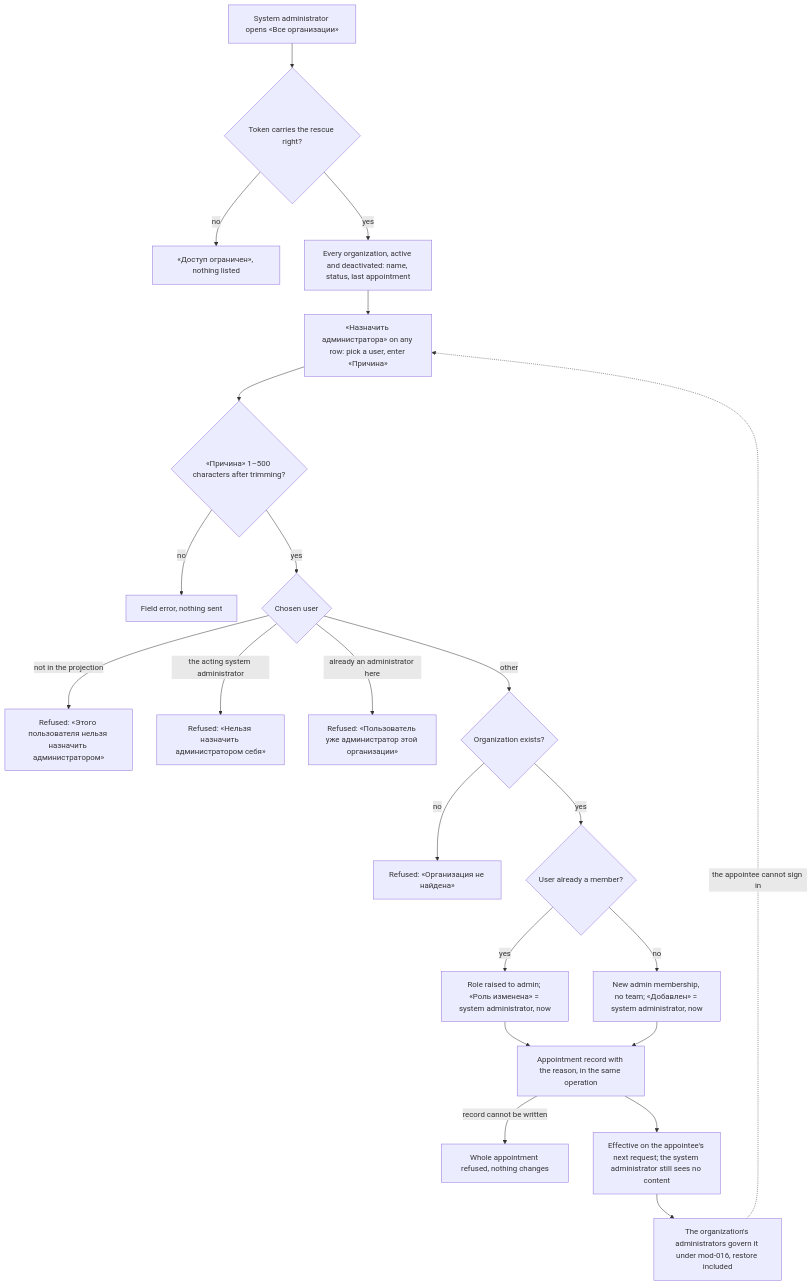
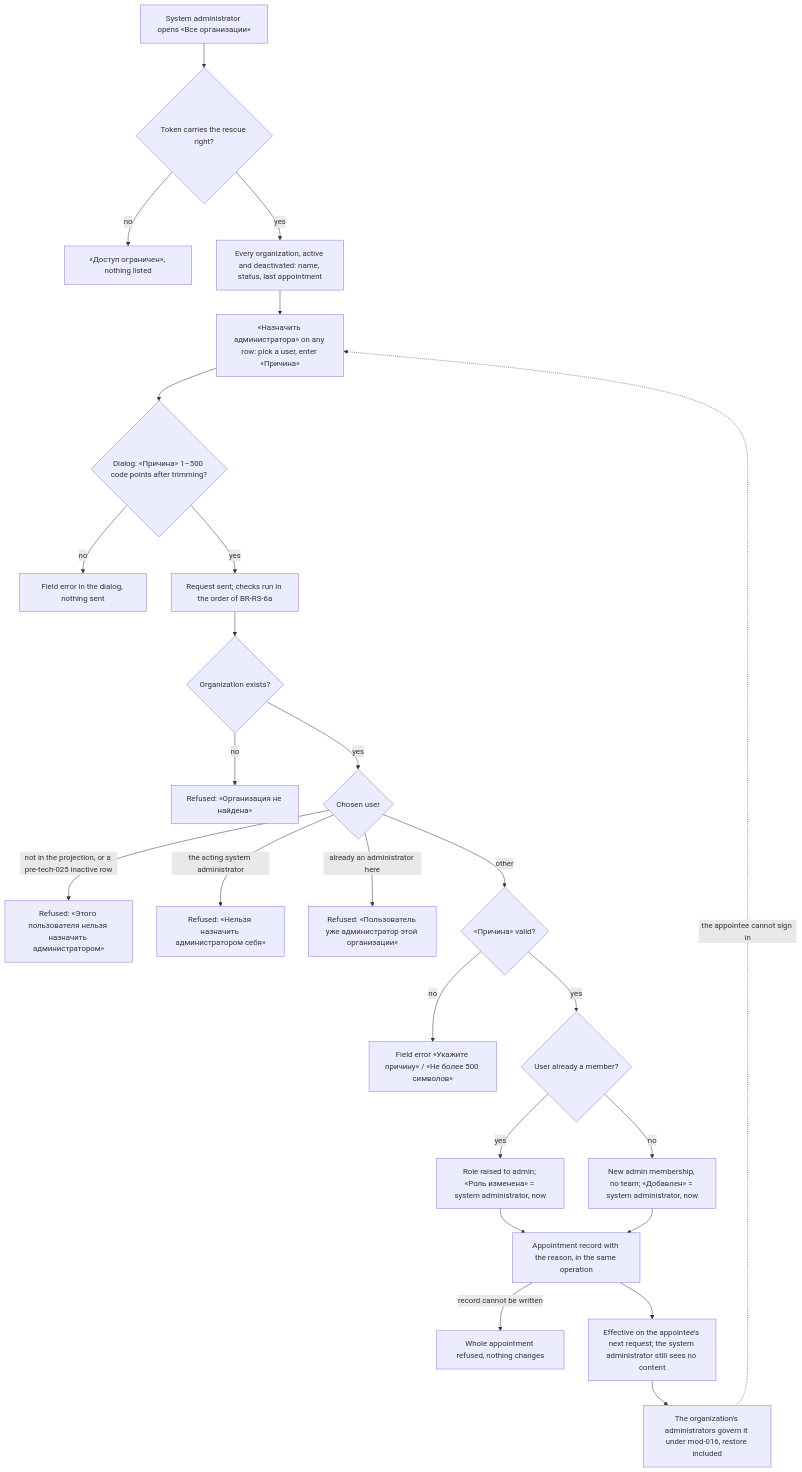
One commit to totKtoXam/mustask changed the diagram in docs/features/feat-033-orphaned-organization-rescue/spec.md. Above: the diagram before and after it, drawn with Mermaid. The commit also changed other lines of this file and 2 other files, not shown here.

````diff
--- a/docs/features/feat-033-orphaned-organization-rescue/spec.md
+++ b/docs/features/feat-033-orphaned-organization-rescue/spec.md
@@ -45,24 +45,27 @@
 ```mermaid
 flowchart TD
     S[System administrator opens «Все организации»] --> R{Token carries the rescue right?}
     R -->|no| R1[«Доступ ограничен», nothing listed]
     R -->|yes| L[Every organization, active and deactivated: name, status, last appointment]
     L --> D[«Назначить администратора» on any row: pick a user, enter «Причина»]
-    D --> V{«Причина» 1–500 characters after trimming?}
-    V -->|no| V1[Field error, nothing sent]
-    V -->|yes| U{Chosen user}
-    U -->|not in the projection| U1[Refused: «Этого пользователя нельзя назначить администратором»]
+    D --> V0{Dialog: «Причина» 1–500 code points after trimming?}
+    V0 -->|no| V1[Field error in the dialog, nothing sent]
+    V0 -->|yes| Q[Request sent; checks run in the order of BR-RS-6a]
+    Q --> C{Organization exists?}
+    C -->|no| C0[Refused: «Организация не найдена»]
+    C -->|yes| U{Chosen user}
+    U -->|not in the projection, or a pre-tech-025 inactive row| U1[Refused: «Этого пользователя нельзя назначить администратором»]
     U -->|the acting system administrator| U2[Refused: «Нельзя назначить администратором себя»]
     U -->|already an administrator here| U3[Refused: «Пользователь уже администратор этой организации»]
-    U -->|other| C{Organization exists?}
-    C -->|no| C0[Refused: «Организация не найдена»]
-    C -->|yes| M{User already a member?}
+    U -->|other| V{«Причина» valid?}
+    V -->|no| V2[Field error «Укажите причину» / «Не более 500 символов»]
+    V -->|yes| M{User already a member?}
     M -->|yes| M1[Role raised to admin; «Роль изменена» = system administrator, now]
     M -->|no| M2[New admin membership, no team; «Добавлен» = system administrator, now]
     M1 --> A[Appointment record with the reason, in the same operation]
     M2 --> A
     A -->|record cannot be written| A0[Whole appointment refused, nothing changes]
     A --> E[Effective on the appointee's next request; the system administrator still sees no content]
     E --> N[The organization's administrators govern it under mod-016, restore included]
     N -.->|the appointee cannot sign in| D
 ```
````
